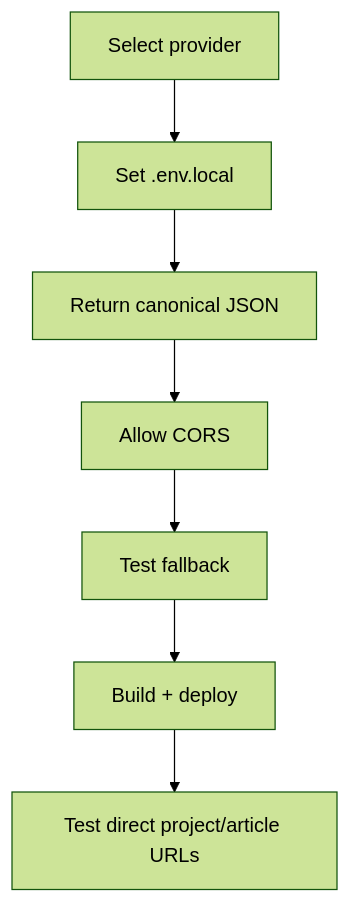
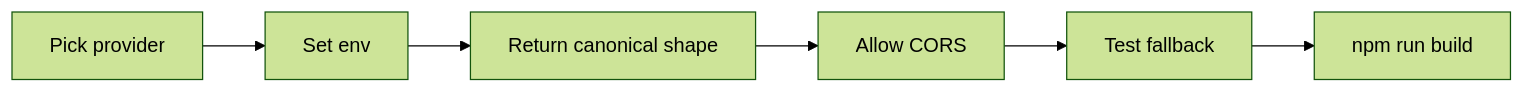
Before and after one commit to SidheshwarSarangal/portfoionew: the ninth of 9 diagrams in docs/CONTENT_PROVIDERS.md, drawn with Mermaid (forest theme). The commit also changed other lines of this file and 8 other files, not shown here.

````diff
--- a/docs/CONTENT_PROVIDERS.md
+++ b/docs/CONTENT_PROVIDERS.md
@@ -248,9 +154,8 @@
 ```mermaid
-flowchart TD
-  A[Select provider] --> B[Set .env.local]
-  B --> C[Return canonical JSON]
-  C --> D[Allow CORS]
-  D --> E[Test fallback]
-  E --> F[Build + deploy]
-  F --> G[Test direct project/article URLs]
+flowchart LR
+  Pick[Pick provider] --> Env[Set env]
+  Env --> Shape[Return canonical shape]
+  Shape --> CORS[Allow CORS]
+  CORS --> Fallback[Test fallback]
+  Fallback --> Build[npm run build]
 ```
````
